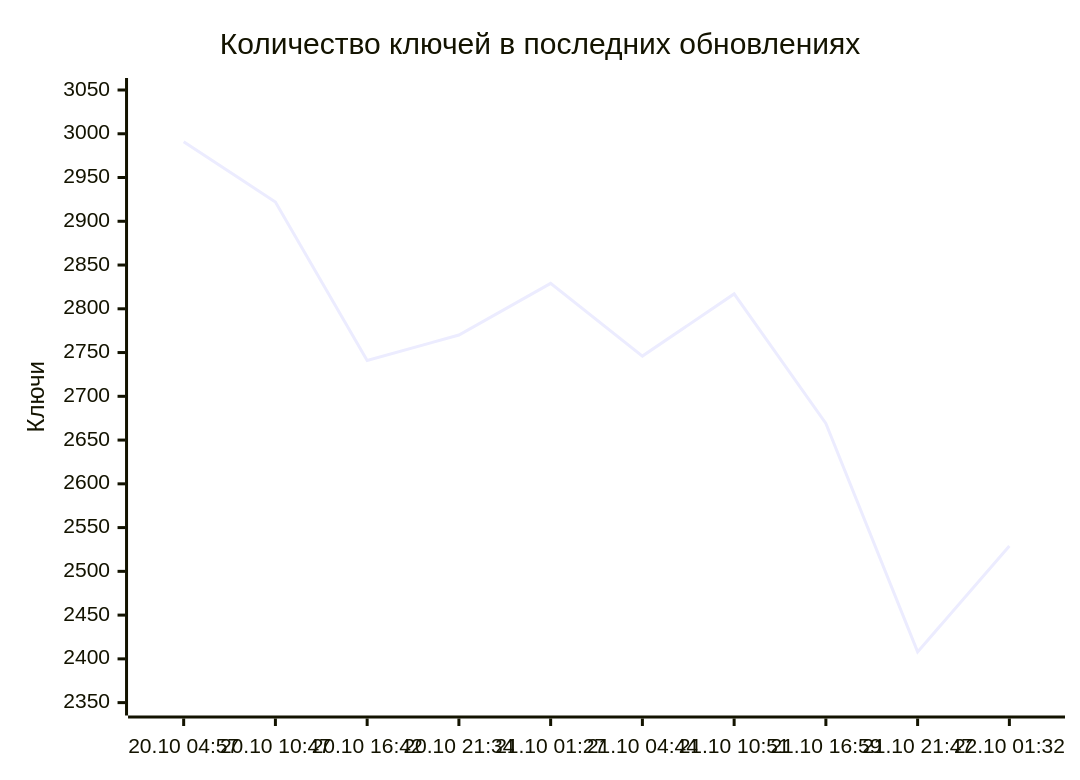
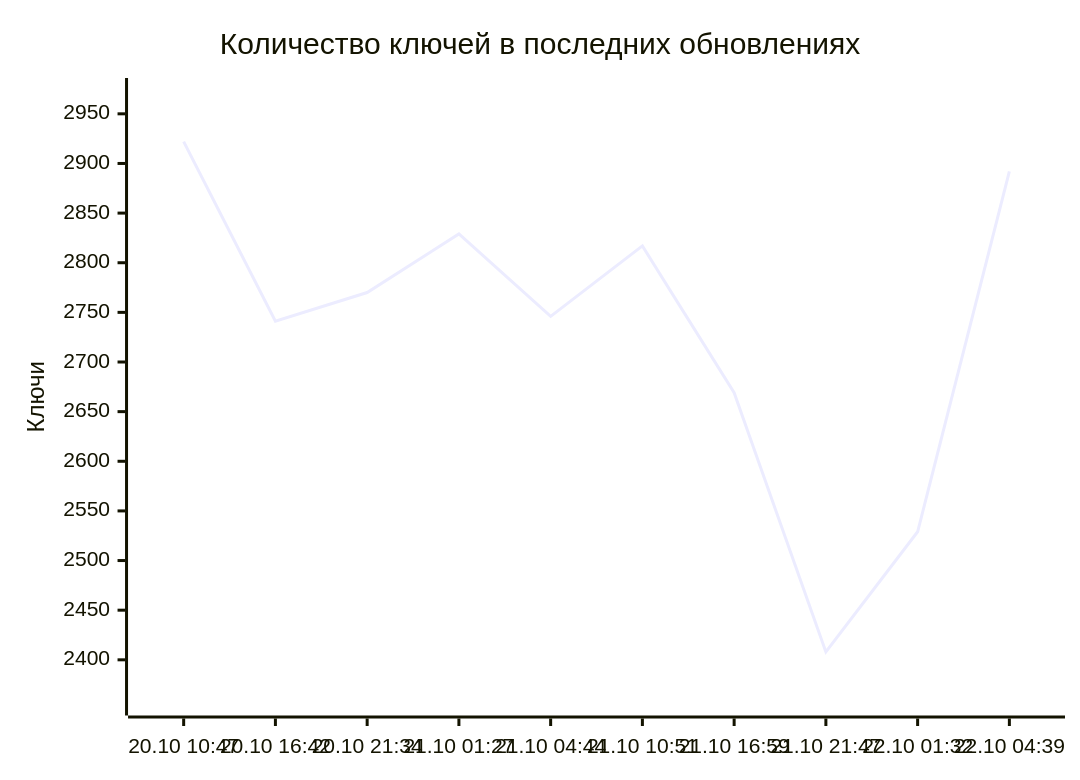
Before and after one commit to markKikhtenko/WireVeil: the diagram in README.md, drawn with Mermaid. The commit also changed other lines of this file and 12 other files, not shown here.

````diff
--- a/README.md
+++ b/README.md
@@ -55,7 +55,7 @@
 ```mermaid
 xychart-beta
     title "Количество ключей в последних обновлениях"
-    x-axis ["20.10 04:57", "20.10 10:47", "20.10 16:42", "20.10 21:34", "21.10 01:27", "21.10 04:44", "21.10 10:51", "21.10 16:59", "21.10 21:47", "22.10 01:32"]
-    y-axis "Ключи" 2349 --> 3050
-    line [2991, 2922, 2741, 2770, 2829, 2746, 2817, 2669, 2408, 2529]
+    x-axis ["20.10 10:47", "20.10 16:42", "20.10 21:34", "21.10 01:27", "21.10 04:44", "21.10 10:51", "21.10 16:59", "21.10 21:47", "22.10 01:32", "22.10 04:39"]
+    y-axis "Ключи" 2356 --> 2974
+    line [2922, 2741, 2770, 2829, 2746, 2817, 2669, 2408, 2529, 2892]
 ```
````
